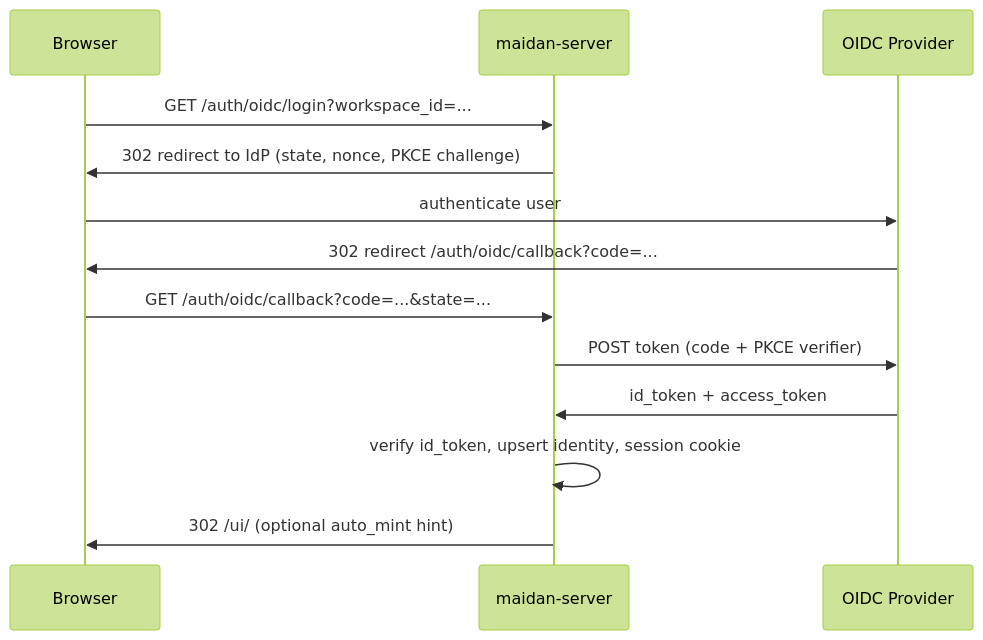
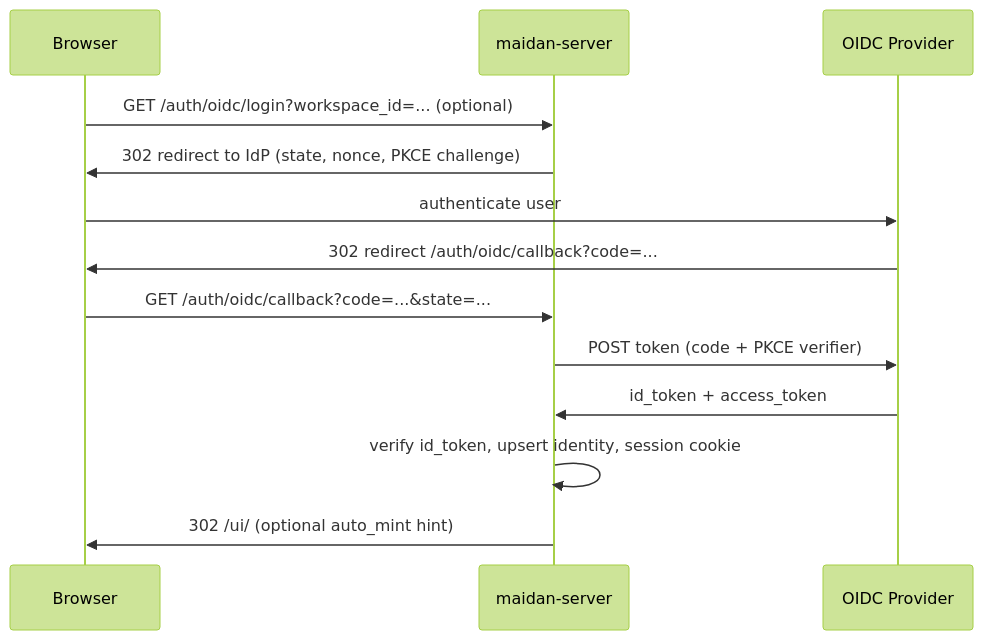
Before and after one commit to david-engelmann/maidan: the diagram in docs/OIDC.md, drawn with Mermaid (forest theme). The commit also changed other lines of this file and 2 other files, not shown here.

First line of the commit message:
docs: the front door and the login that tells nobody which ids exist; CHANGELOG

````diff
--- a/docs/OIDC.md
+++ b/docs/OIDC.md
@@ -73,16 +73,16 @@
 ```mermaid
 sequenceDiagram
     participant Browser
     participant Maidan as maidan-server
     participant IdP as OIDC Provider
 
-    Browser->>Maidan: GET /auth/oidc/login?workspace_id=...
+    Browser->>Maidan: GET /auth/oidc/login?workspace_id=... (optional)
     Maidan->>Browser: 302 redirect to IdP (state, nonce, PKCE challenge)
     Browser->>IdP: authenticate user
     IdP->>Browser: 302 redirect /auth/oidc/callback?code=...
     Browser->>Maidan: GET /auth/oidc/callback?code=...&state=...
     Maidan->>IdP: POST token (code + PKCE verifier)
     IdP->>Maidan: id_token + access_token
     Maidan->>Maidan: verify id_token, upsert identity, session cookie
     Maidan->>Browser: 302 /ui/ (optional auto_mint hint)
 ```
````
